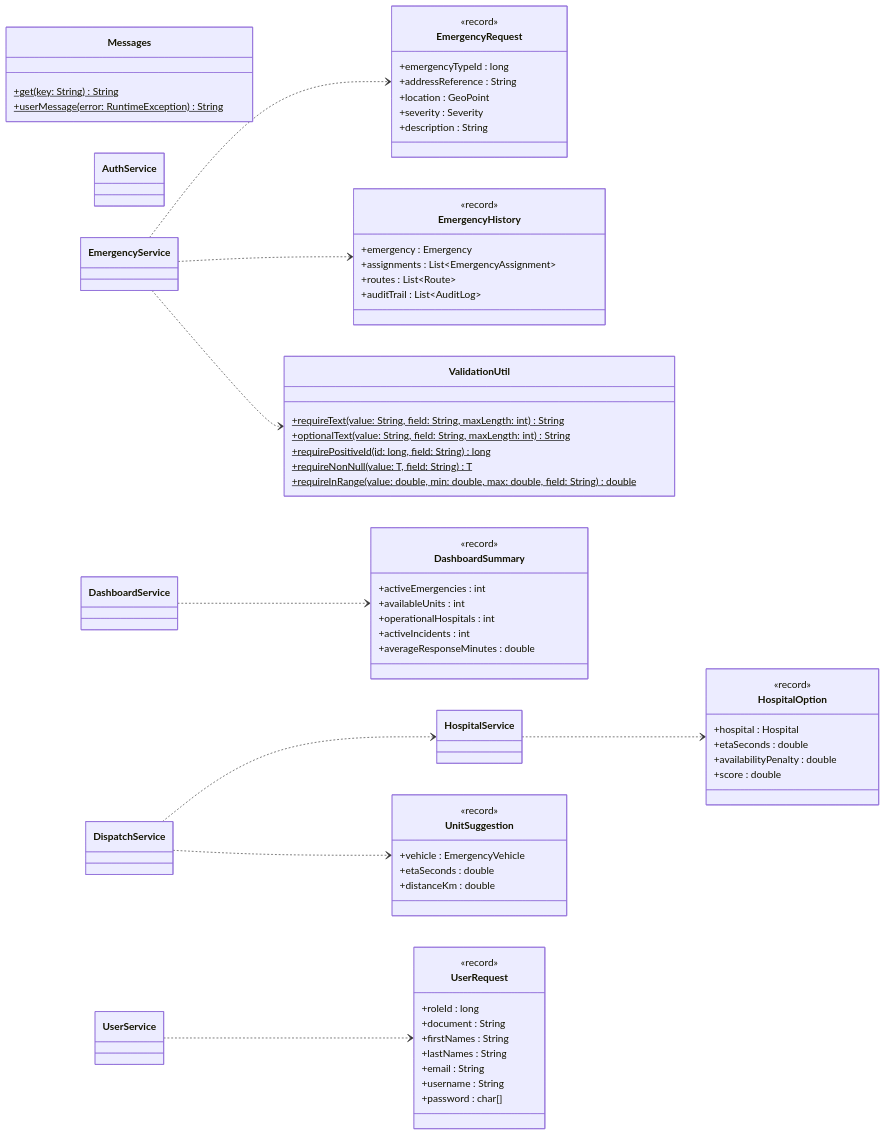
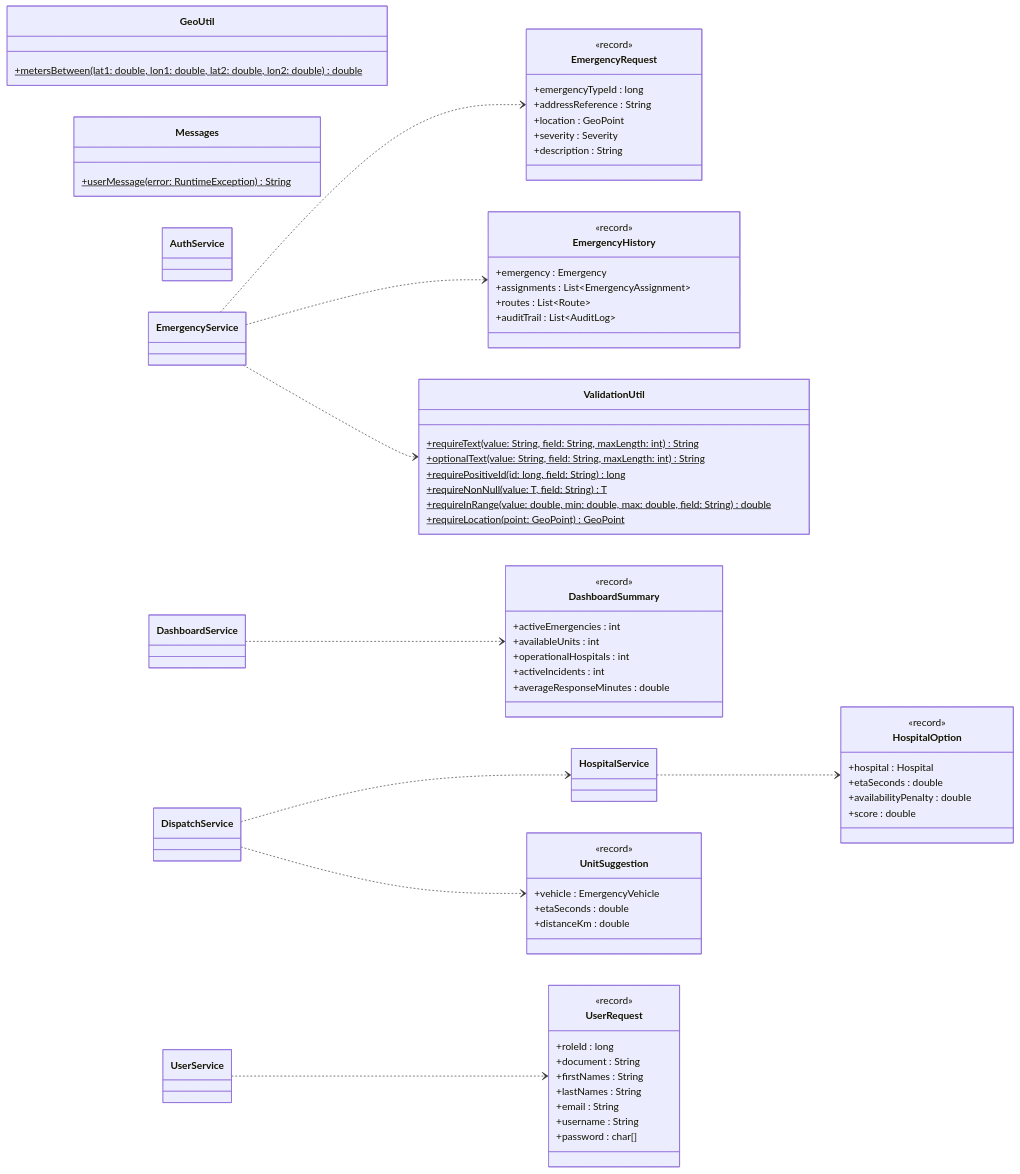
Diagram 16 of 23 in docs/class-diagram.md (afzabaleta/RutaVida), drawn with Mermaid before and after one commit. The commit also changed 104 other files, not shown here.

```diff
--- a/docs/class-diagram.md
+++ b/docs/class-diagram.md
@@ -1226,12 +1226,16 @@
     +requirePositiveId(id: long, field: String) long$
     +requireNonNull(value: T, field: String) T$
     +requireInRange(value: double, min: double, max: double, field: String) double$
+    +requireLocation(point: GeoPoint) GeoPoint$
+}
+
+class GeoUtil {
+    +metersBetween(lat1: double, lon1: double, lat2: double, lon2: double) double$
 }
 
 
 
 class Messages {
-    +get(key: String) String$
     +userMessage(error: RuntimeException) String$
 }
 
```
